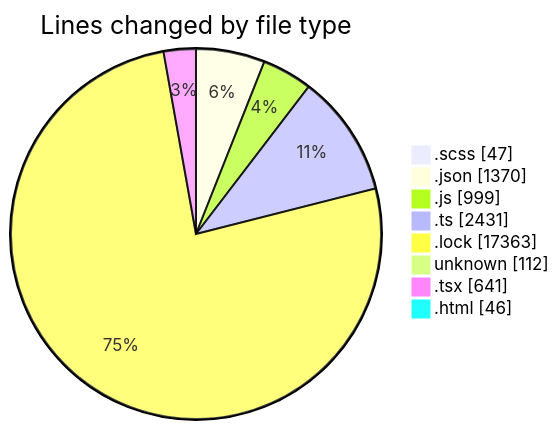
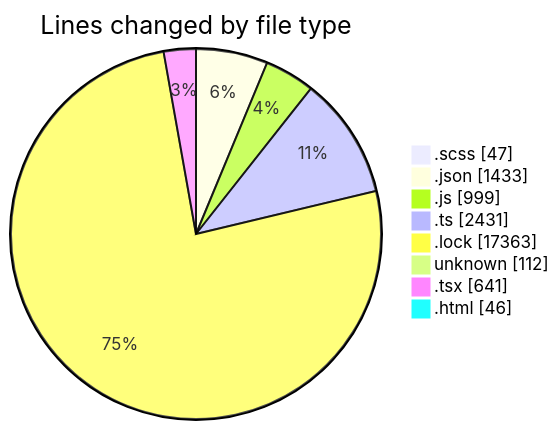
The first of 2 diagrams in 2026-04-21/cda/README.md (momahboobian/code-tracking), drawn with Mermaid before and after one commit. The commit also changed other lines of this file and 1 other file, not shown here.

````diff
--- a/2026-04-21/cda/README.md
+++ b/2026-04-21/cda/README.md
@@ -56,12 +57,12 @@
 ```mermaid
 pie showData
 title Lines changed by file type
 ".scss" : 47
-".json" : 1370
+".json" : 1433
 ".js" : 999
 ".ts" : 2431
 ".lock" : 17363
 "unknown" : 112
 ".tsx" : 641
 ".html" : 46
 ```
````
